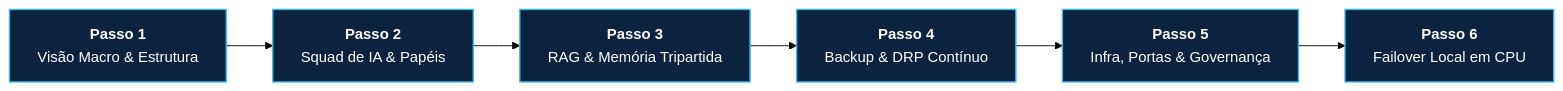
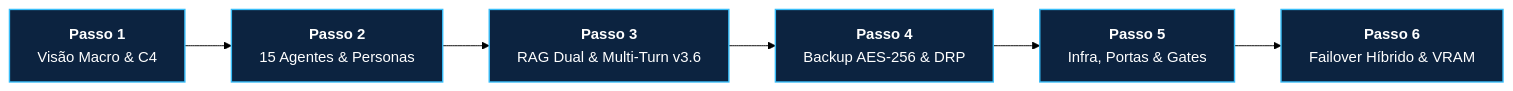
The third of 6 diagrams in README.md (EnterDufter/PromptCoreLabs_AEOS), drawn with Mermaid (forest theme) before and after one commit. The commit also changed other lines of this file and 34 other files, not shown here.

First line of the commit message:
docs(aeos-v3.6): upgrade complete repository & Living Architecture portal with pure UTF-8, Dual-Track narrative & Cortex v7 diagrams

````diff
--- a/README.md
+++ b/README.md
@@ -153,6 +186,6 @@
 ```mermaid
 flowchart LR
     classDef step fill:#0c2340,stroke:#38bdf8,stroke-width:1.5px,color:#ffffff;
 
-    P1["<b>Passo 1</b><br/>Visão Macro & Estrutura"]:::step --> P2["<b>Passo 2</b><br/>Squad de IA & Papéis"]:::step --> P3["<b>Passo 3</b><br/>RAG & Memória Tripartida"]:::step --> P4["<b>Passo 4</b><br/>Backup & DRP Contínuo"]:::step --> P5["<b>Passo 5</b><br/>Infra, Portas & Governança"]:::step --> P6["<b>Passo 6</b><br/>Failover Local em CPU"]:::step
+    P1["<b>Passo 1</b><br/>Visão Macro & C4"]:::step --> P2["<b>Passo 2</b><br/>15 Agentes & Personas"]:::step --> P3["<b>Passo 3</b><br/>RAG Dual & Multi-Turn v3.6"]:::step --> P4["<b>Passo 4</b><br/>Backup AES-256 & DRP"]:::step --> P5["<b>Passo 5</b><br/>Infra, Portas & Gates"]:::step --> P6["<b>Passo 6</b><br/>Failover Híbrido & VRAM"]:::step
 ```
````
